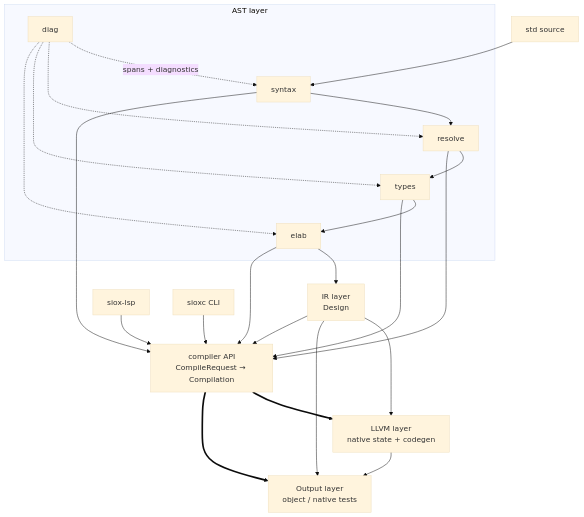
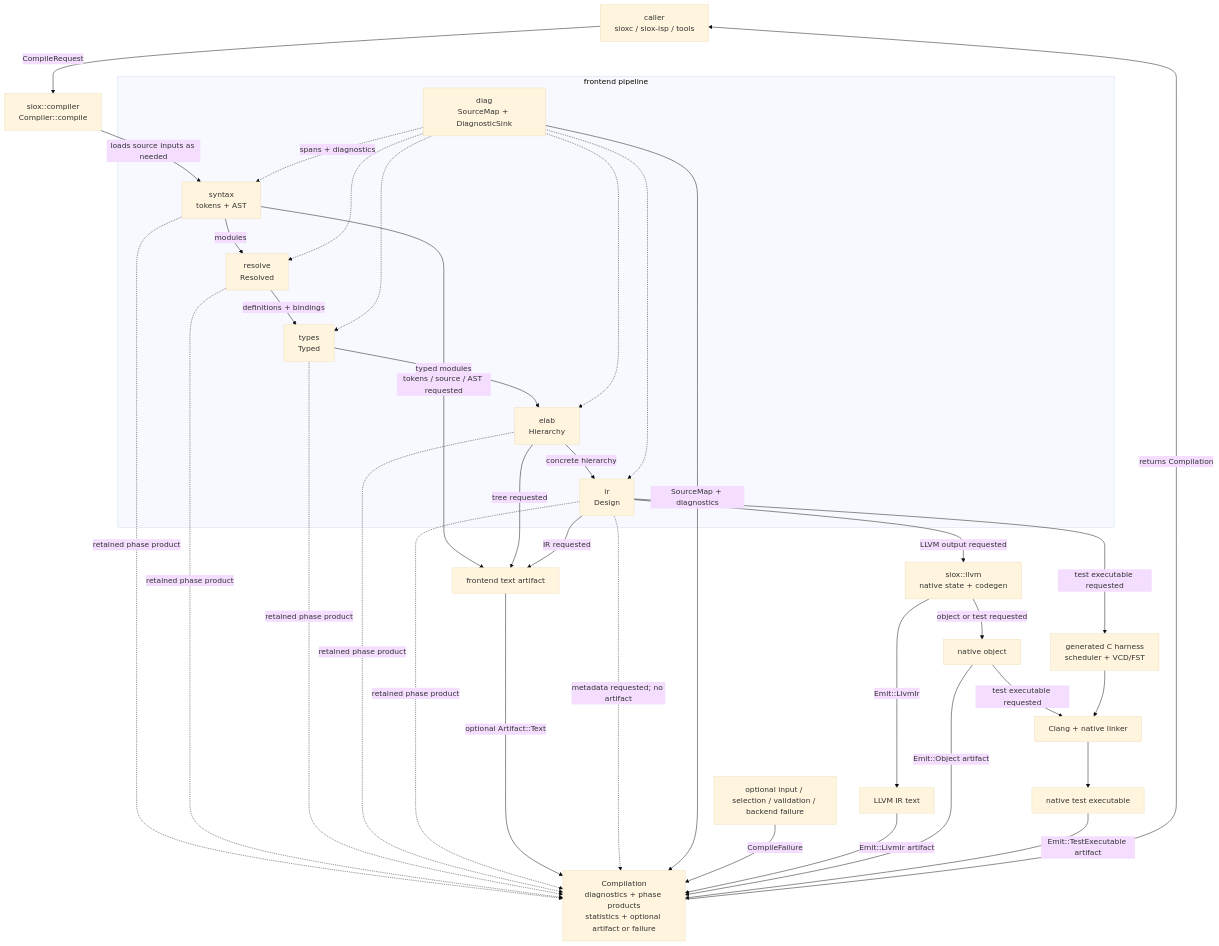
The first of 2 diagrams in docs/architecture.md (Siox-lang/sioxc), drawn with Mermaid (base theme) before and after one commit. The commit also changed other lines of this file and 1 other file, not shown here.

Commit message:
clarify architecture data flow graphs

````diff
--- a/docs/architecture.md
+++ b/docs/architecture.md
@@ -20,24 +20,44 @@
 ```mermaid
 flowchart TB
-    subgraph ASTL["AST layer"]
-        SY["syntax"] --> RE["resolve"] --> TY["types"] --> EL["elab"]
-        DIAG["diag"] -. spans + diagnostics .-> SY
+    CALL["caller<br/>sioxc / siox-lsp / tools"] -->|CompileRequest| API["siox::compiler<br/>Compiler::compile"]
+    API -->|loads source inputs as needed| SY
+
+    subgraph FRONTEND["frontend pipeline"]
+        SY["syntax<br/>tokens + AST"] -->|modules| RE["resolve<br/>Resolved"]
+        RE -->|definitions + bindings| TY["types<br/>Typed"]
+        TY -->|typed modules| EL["elab<br/>Hierarchy"]
+        EL -->|concrete hierarchy| IR["ir<br/>Design"]
+
+        DIAG["diag<br/>SourceMap + DiagnosticSink"] -. spans + diagnostics .-> SY
         DIAG -.-> RE
         DIAG -.-> TY
         DIAG -.-> EL
+        DIAG -.-> IR
     end
-    EL --> IR["IR layer<br/>Design"]
-    IR --> LL["LLVM layer<br/>native state + codegen"]
-    LL --> OUT["Output layer<br/>object / native tests"]
-    IR --> OUT
-    IR --> API["compiler API<br/>CompileRequest → Compilation"]
-    EL --> API
-    TY --> API
-    RE --> API
-    SY --> API
-    LSP["siox-lsp"] --> API
-    STD["std source"] --> SY
-    CLI["sioxc CLI"] --> API
-    API ==> LL
-    API ==> OUT
+
+    IR -->|LLVM output requested| LL["siox::llvm<br/>native state + codegen"]
+    IR -->|test executable requested| HARNESS["generated C harness<br/>scheduler + VCD/FST"]
+    LL -->|Emit::LlvmIr| LLVM_TEXT["LLVM IR text"]
+    LL -->|object or test requested| OBJ["native object"]
+    OBJ -->|test executable requested| LINK["Clang + native linker"]
+    HARNESS --> LINK
+    LINK --> TEST["native test executable"]
+
+    SY -->|tokens / source / AST requested| FRONT_TEXT["frontend text artifact"]
+    EL -->|tree requested| FRONT_TEXT
+    IR -->|IR requested| FRONT_TEXT
+
+    SY -. retained phase product .-> RESULT
+    RE -. retained phase product .-> RESULT
+    TY -. retained phase product .-> RESULT
+    EL -. retained phase product .-> RESULT
+    IR -. retained phase product .-> RESULT
+    FRONT_TEXT -->|optional Artifact::Text| RESULT["Compilation<br/>diagnostics + phase products<br/>statistics + optional artifact or failure"]
+    IR -. metadata requested; no artifact .-> RESULT
+    DIAG -->|SourceMap + diagnostics| RESULT
+    FAILURE["optional input / selection / validation / backend failure"] -->|CompileFailure| RESULT
+    LLVM_TEXT -->|Emit::LlvmIr artifact| RESULT
+    OBJ -->|Emit::Object artifact| RESULT
+    TEST -->|Emit::TestExecutable artifact| RESULT
+    RESULT -->|returns Compilation| CALL
 ```
````
